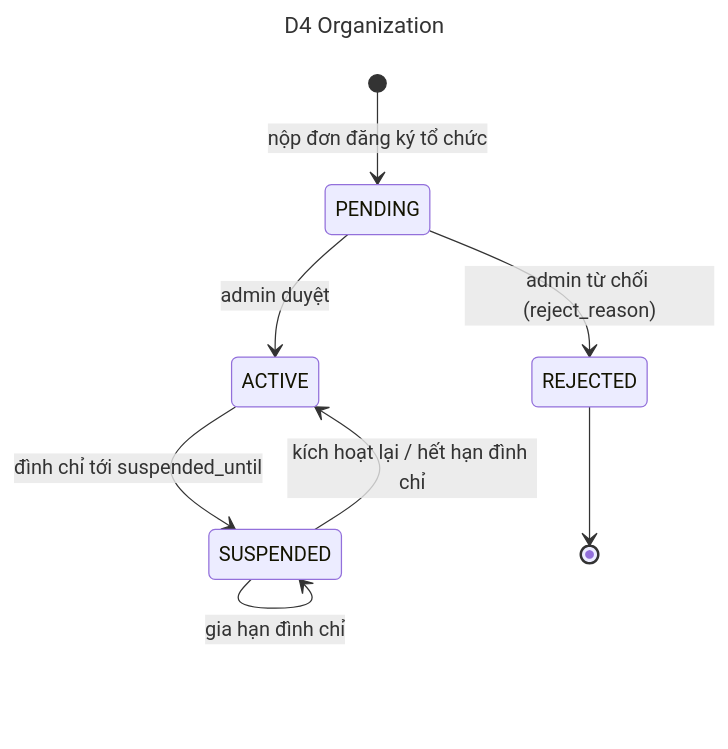
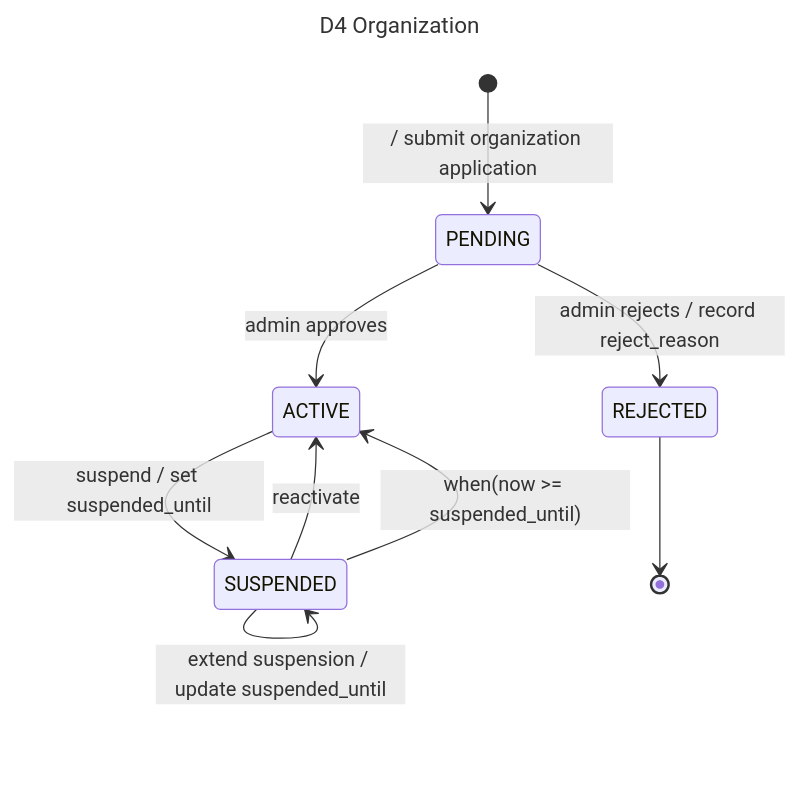
The diagram in projects/architecture/erd/d4-state-organization.mmd (pte-org/pte-doc), drawn with Mermaid before and after one commit. The commit also changed 59 other files, not shown here.

```diff
--- a/projects/architecture/erd/d4-state-organization.mmd
+++ b/projects/architecture/erd/d4-state-organization.mmd
@@ -1,12 +1,14 @@
 ---
 title: D4 Organization
 ---
-%% Nguồn: tenancy/domain/Organization.java, TenantSuspensionExpirationService
+%% UML 2.5 state machine. Transition label syntax: trigger [guard] / effect.
+%% Source: tenancy/domain/Organization.java, TenantSuspensionExpirationService
 stateDiagram-v2
-  [*] --> PENDING : nộp đơn đăng ký tổ chức
-  PENDING --> ACTIVE : admin duyệt
-  PENDING --> REJECTED : admin từ chối (reject_reason)
-  ACTIVE --> SUSPENDED : đình chỉ tới suspended_until
-  SUSPENDED --> SUSPENDED : gia hạn đình chỉ
-  SUSPENDED --> ACTIVE : kích hoạt lại / hết hạn đình chỉ
+  [*] --> PENDING : / submit organization application
+  PENDING --> ACTIVE : admin approves
+  PENDING --> REJECTED : admin rejects / record reject_reason
+  ACTIVE --> SUSPENDED : suspend / set suspended_until
+  SUSPENDED --> SUSPENDED : extend suspension / update suspended_until
+  SUSPENDED --> ACTIVE : reactivate
+  SUSPENDED --> ACTIVE : when(now >= suspended_until)
   REJECTED --> [*]
```
